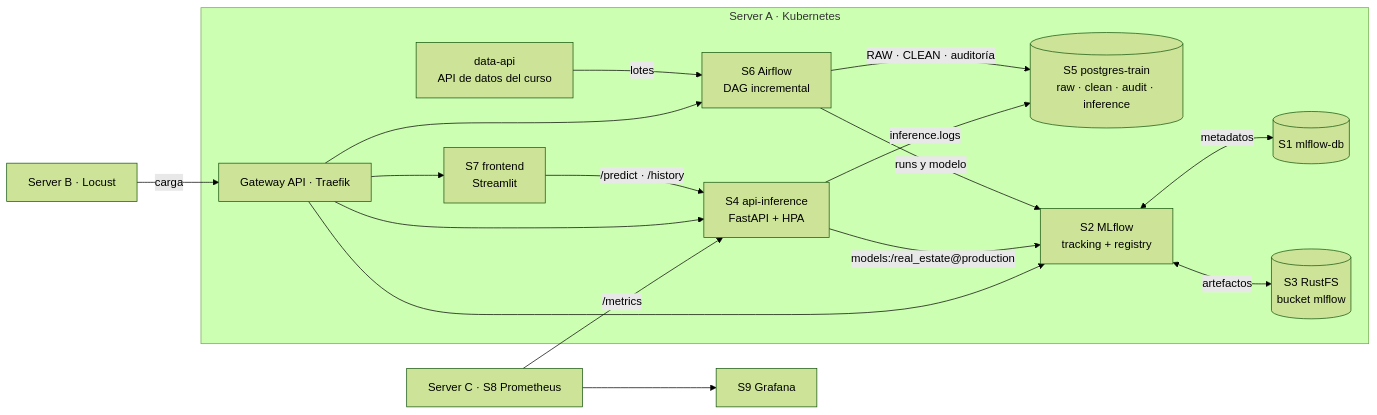
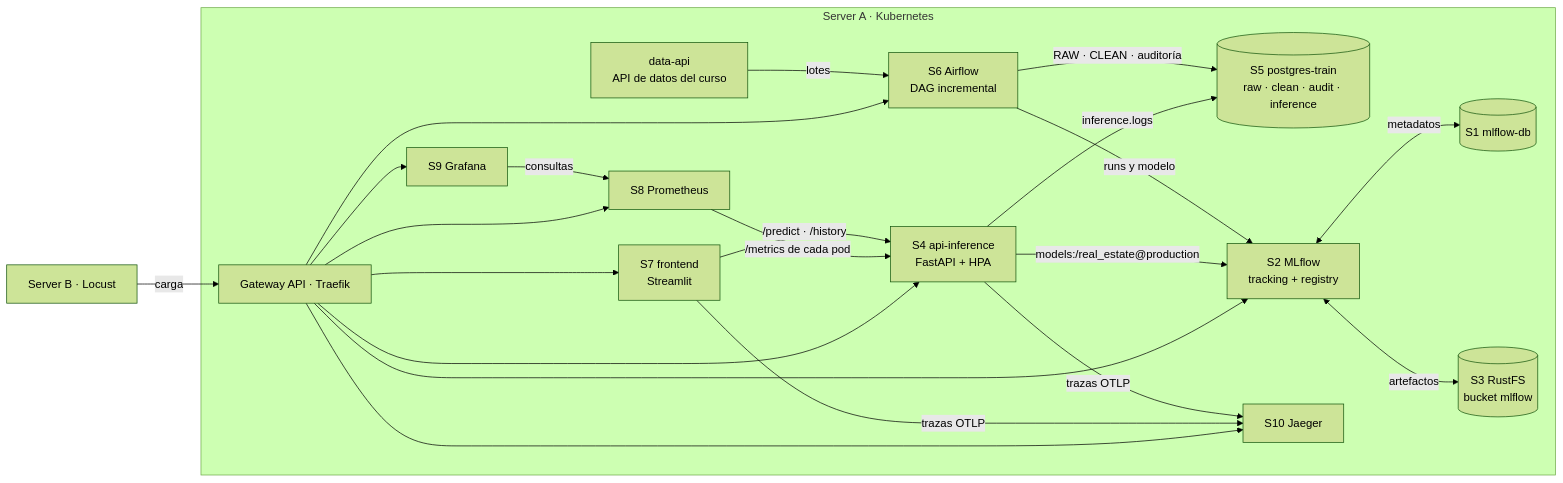
Before and after one commit to aristotekean/mlops-real-state-pricing: the first of 2 diagrams in README.md, drawn with Mermaid (forest theme). The commit also changed other lines of this file and 25 other files, not shown here.

First line of the commit message:
feat(infra): run Prometheus, Grafana and Jaeger in the cluster

````diff
--- a/README.md
+++ b/README.md
@@ -67,17 +67,18 @@
 ```mermaid
 flowchart LR
     subgraph A["Server A · Kubernetes"]
         dapi["data-api<br/>API de datos del curso"] -->|lotes| s6["S6 Airflow<br/>DAG incremental"]
         s6 -->|"RAW · CLEAN · auditoría"| s5[("S5 postgres-train<br/>raw · clean · audit · inference")]
         s6 -->|runs y modelo| s2["S2 MLflow<br/>tracking + registry"]
         s2 <-->|metadatos| s1[("S1 mlflow-db")]
         s2 <-->|artefactos| s3[("S3 RustFS<br/>bucket mlflow")]
         s4["S4 api-inference<br/>FastAPI + HPA"] -->|"models:/real_estate@production"| s2
         s4 -->|inference.logs| s5
         s7["S7 frontend<br/>Streamlit"] -->|"/predict · /history"| s4
-        ing["Gateway API · Traefik"] --> s4 & s7 & s2 & s6
+        s8["S8 Prometheus"] -->|"/metrics de cada pod"| s4
+        s9["S9 Grafana"] -->|consultas| s8
+        s4 & s7 -->|"trazas OTLP"| s10["S10 Jaeger"]
+        ing["Gateway API · Traefik"] --> s4 & s7 & s2 & s6 & s9 & s8 & s10
     end
     b["Server B · Locust"] -->|carga| ing
-    s8["Server C · S8 Prometheus"] -->|/metrics| s4
-    s8 --> s9["S9 Grafana"]
 ```
````
